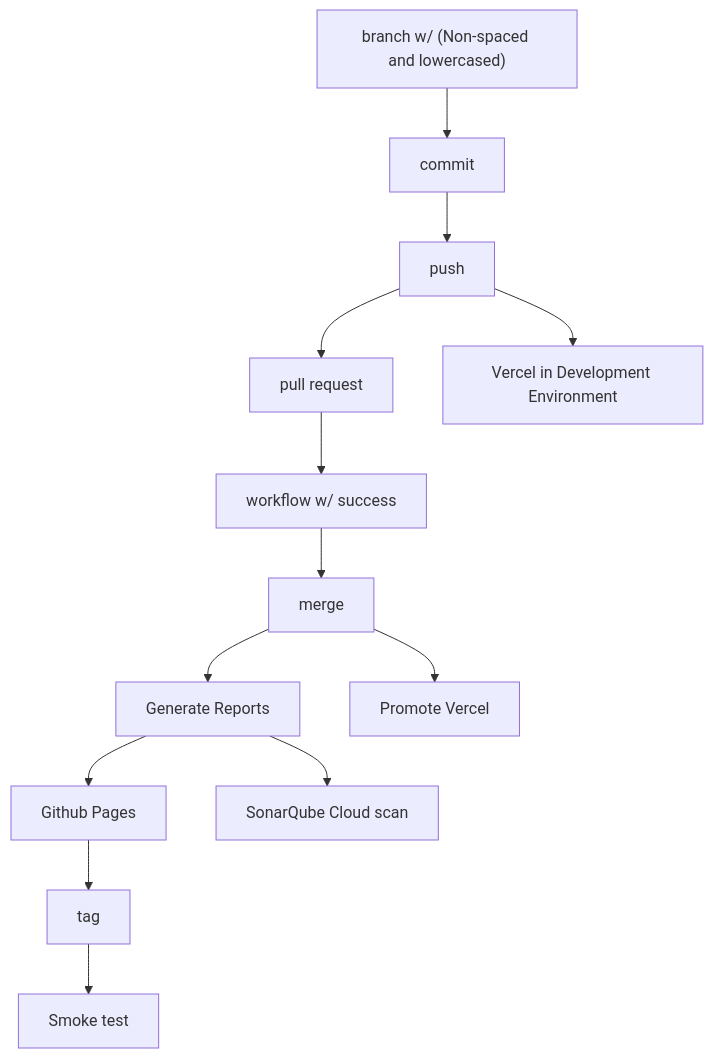
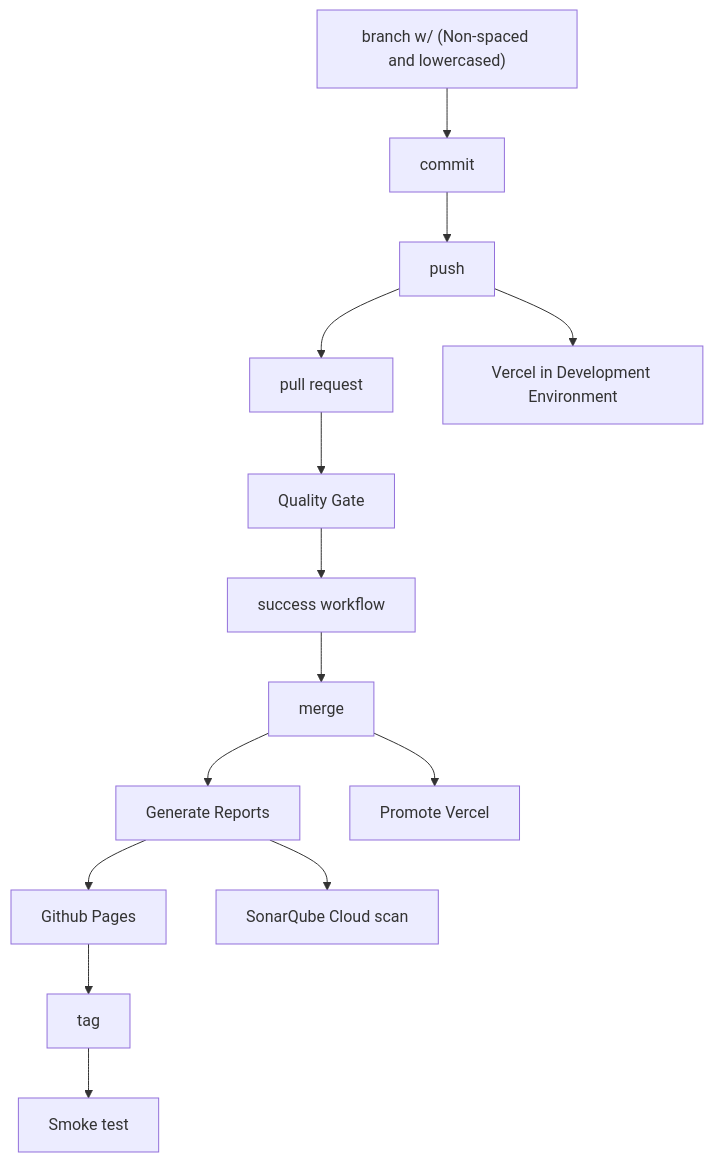
One commit to yoonghan/yoonghan.github.io changed the second of 2 diagrams in README.md. Above: the diagram before and after it, drawn with Mermaid. The commit also changed 2 other files, not shown here.

Commit message:
Update code quality integration.

````diff
--- a/README.md
+++ b/README.md
@@ -87,8 +87,8 @@
 ```mermaid
 flowchart TD;
-   branch["branch w/ (Non-spaced and lowercased)"] --> commit --> push --> pull[pull request] --> workflow["workflow w/ success"] --> merge --> report["Generate Reports"];
+   branch["branch w/ (Non-spaced and lowercased)"] --> commit --> push --> pull[pull request] --> quality["Quality Gate"] --> workflow["success workflow"] --> merge --> report["Generate Reports"];
    push --> deploy1["Vercel in Development Environment"]
    merge --> promote["Promote Vercel"];
    report --> deploy2["Github Pages"] --> tag --> smoketest["Smoke test"];
    report --> sonar["SonarQube Cloud scan"]
 ```
````
